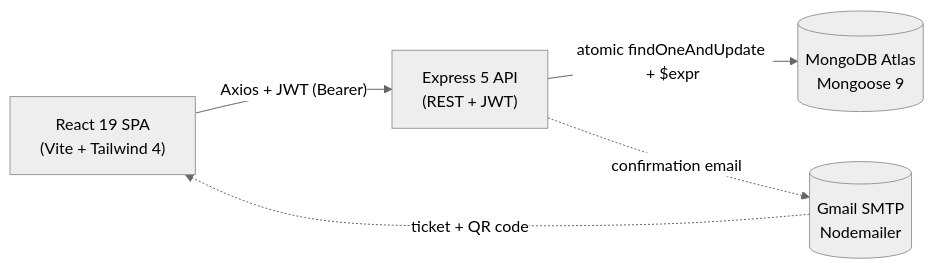
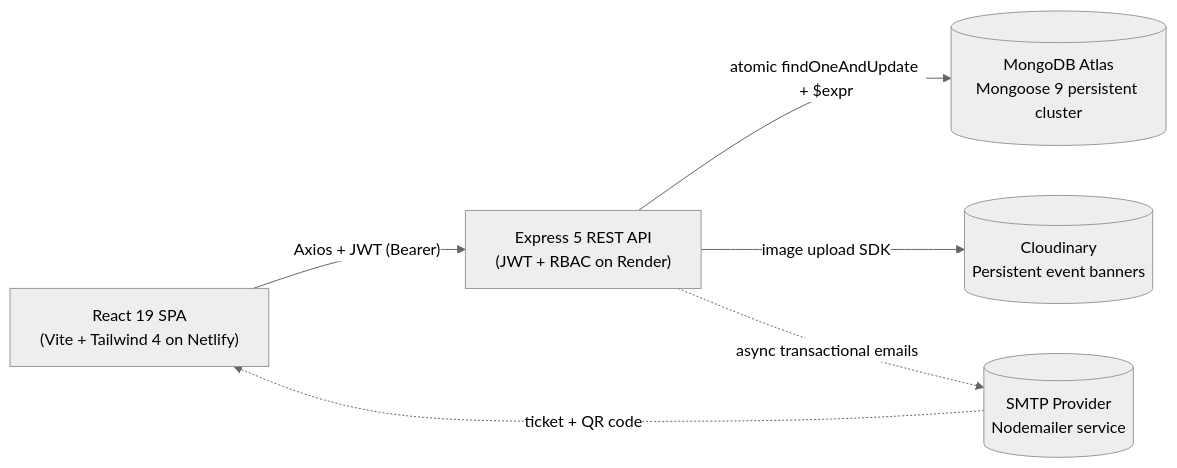
The second of 2 diagrams in README.md (rs3011/Event-Booking-and-Management-System), drawn with Mermaid (neutral theme) before and after one commit. The commit also changed other lines of this file and 21 other files, not shown here.

````diff
--- a/README.md
+++ b/README.md
@@ -129,12 +161,14 @@
 ```mermaid
 flowchart LR
-  Browser["React 19 SPA<br/>(Vite + Tailwind 4)"]
-  API["Express 5 API<br/>(REST + JWT)"]
-  DB[("MongoDB Atlas<br/>Mongoose 9")]
-  SMTP[("Gmail SMTP<br/>Nodemailer")]
+  Browser["React 19 SPA<br/>(Vite + Tailwind 4 on Netlify)"]
+  API["Express 5 REST API<br/>(JWT + RBAC on Render)"]
+  DB[("MongoDB Atlas<br/>Mongoose 9 persistent cluster")]
+  Cloudinary[("Cloudinary<br/>Persistent event banners")]
+  SMTP[("SMTP Provider<br/>Nodemailer service")]
 
   Browser -- "Axios + JWT (Bearer)" --> API
   API -- "atomic findOneAndUpdate + $expr" --> DB
-  API -. "confirmation email" .-> SMTP
+  API -- "image upload SDK" --> Cloudinary
+  API -. "async transactional emails" .-> SMTP
   SMTP -. "ticket + QR code" .-> Browser
 ```
````
